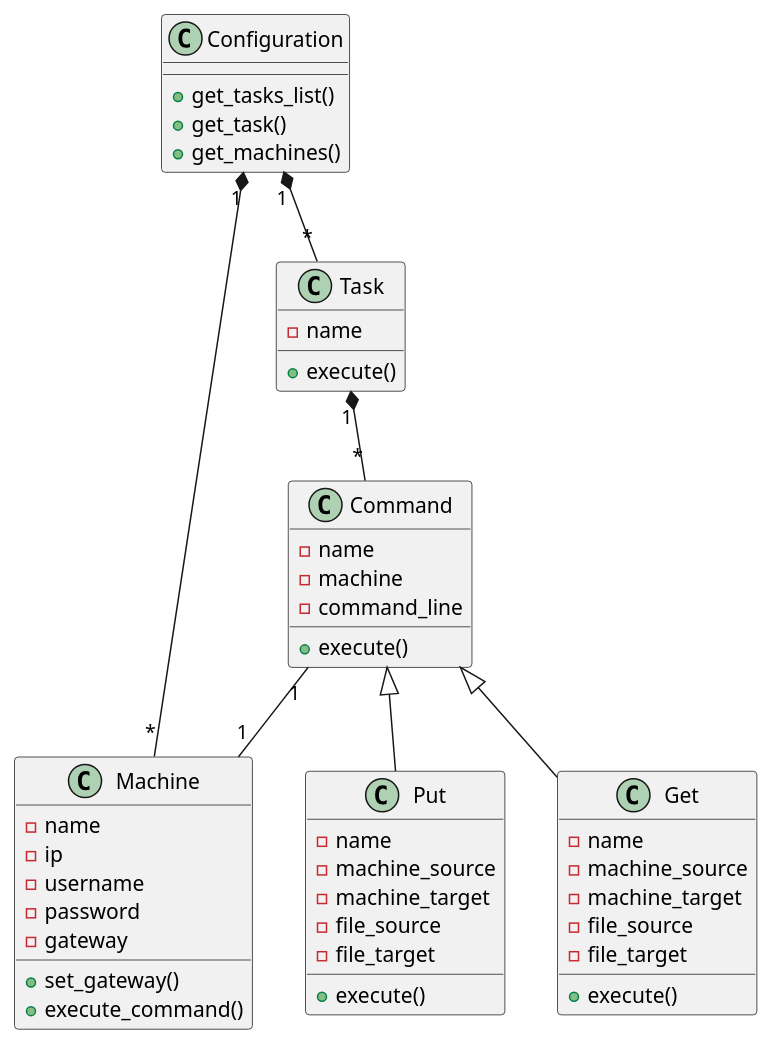
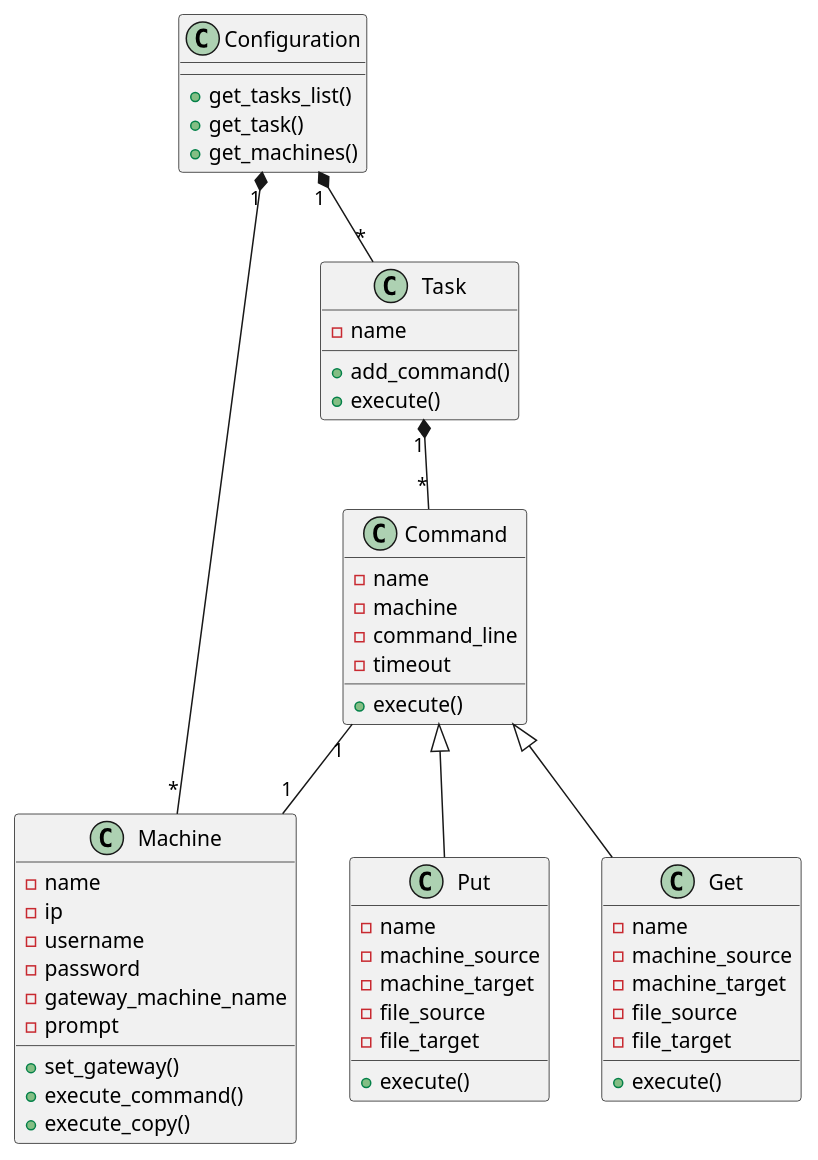
The diagram in doc/conception.rst (bth/stools), drawn with PlantUML before and after one commit. The commit also changed 1 other file, not shown here.

Commit message:
Update doc from reality

```diff
--- a/doc/conception.rst
+++ b/doc/conception.rst
@@ -4,56 +4,60 @@
 .. uml:: 
    
    @startuml
    Configuration "1" *-- "*" Task
    Configuration "1" *-- "*" Machine
    Task "1" *-- "*" Command
    Command "1" -- "1" Machine
    Command <|-- Put
    Command <|-- Get
 
    class Configuration {
      +get_tasks_list()
      +get_task()
      +get_machines()
    }
 
    class Task {
      -name
+     +add_command()
      +execute()
    }
 
    class Command {
      -name
      -machine
      -command_line
+     -timeout
      +execute()
    }
 
    class Put {
      -name
      -machine_source
      -machine_target
      -file_source
      -file_target
      +execute()
    }
 
    class Get {
      -name
      -machine_source
      -machine_target
      -file_source
      -file_target
      +execute()
    }
 
    class Machine {
      -name
      -ip
      -username
      -password
-     -gateway
+     -gateway_machine_name
+     -prompt
      +set_gateway()
      +execute_command()
+     +execute_copy()
    }
    @enduml
```
